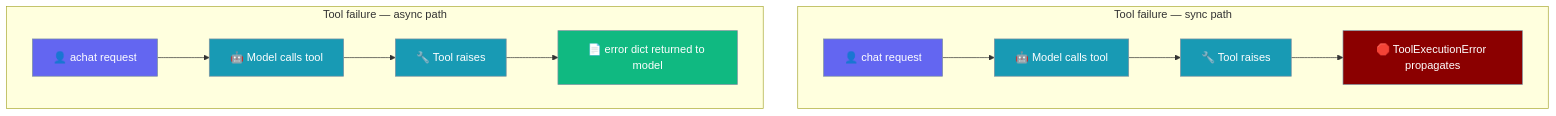
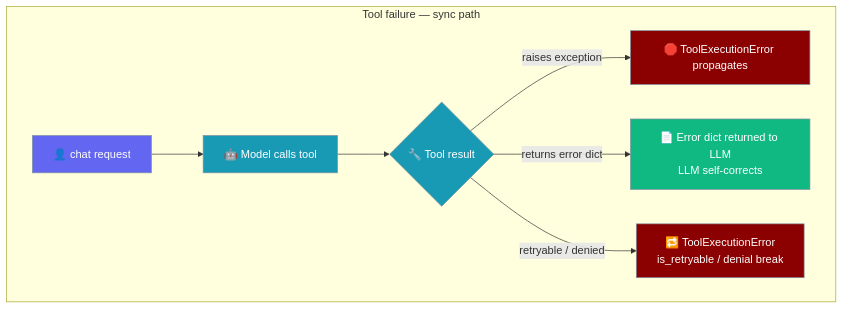
One commit to MervinPraison/PraisonAIDocs changed the third of 3 diagrams in docs/features/error-handling.mdx. Above: the diagram before and after it, drawn with Mermaid. The commit also changed other lines of this file and 4 other files, not shown here.

First line of the commit message:
docs: streaming input guardrail, tool error-dict fall-through, per-instance token scoping (fixes #3517)

````diff
--- a/docs/features/error-handling.mdx
+++ b/docs/features/error-handling.mdx
@@ -164,23 +168,20 @@
 ```mermaid
 graph TB
     subgraph "Tool failure — sync path"
         SReq[👤 chat request] --> SLLM[🤖 Model calls tool]
-        SLLM --> STool[🔧 Tool raises]
-        STool --> SRaise[🛑 ToolExecutionError propagates]
-    end
-    subgraph "Tool failure — async path"
-        AReq[👤 achat request] --> ALLM[🤖 Model calls tool]
-        ALLM --> ATool[🔧 Tool raises]
-        ATool --> ADict[📄 error dict returned to model]
+        SLLM --> STool{🔧 Tool result}
+        STool -->|raises exception| SRaise[🛑 ToolExecutionError propagates]
+        STool -->|returns error dict| SReturn[📄 Error dict returned to LLM<br/>LLM self-corrects]
+        STool -->|retryable / denied| SRetry[🔁 ToolExecutionError<br/>is_retryable / denial break]
     end
 
     classDef req fill:#6366F1,stroke:#7C90A0,color:#fff
     classDef proc fill:#189AB4,stroke:#7C90A0,color:#fff
     classDef err fill:#8B0000,stroke:#7C90A0,color:#fff
     classDef ok fill:#10B981,stroke:#7C90A0,color:#fff
 
-    class SReq,AReq req
-    class SLLM,ALLM,STool,ATool proc
-    class SRaise err
-    class ADict ok
+    class SReq req
+    class SLLM,STool proc
+    class SRaise,SRetry err
+    class SReturn ok
 ```
````
